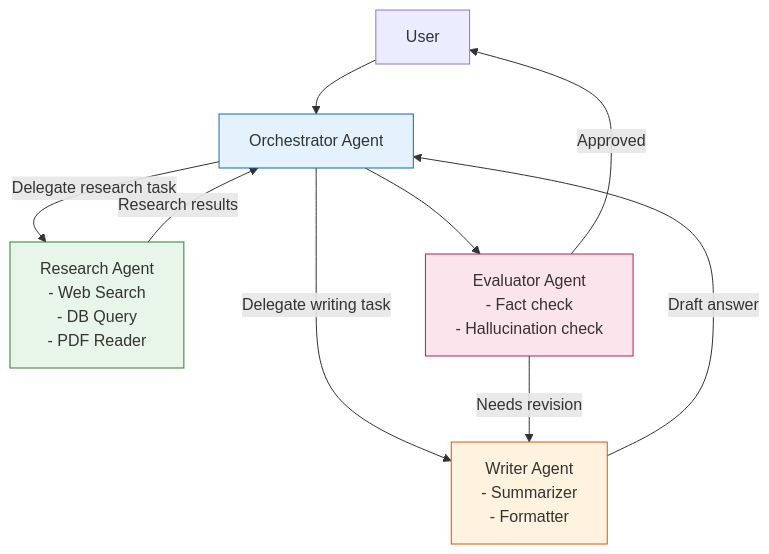
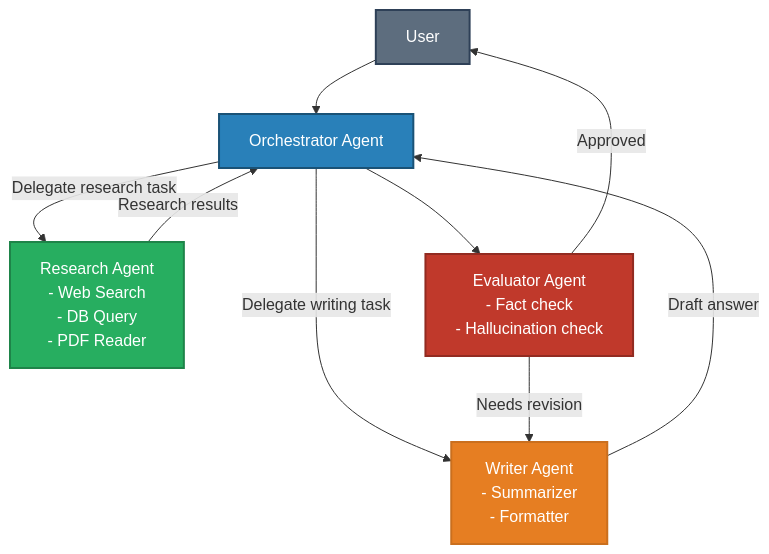
One commit to GyanendraChaubey/AI-Engineering-Notes changed diagram 12 of 24 in docs/17-interview-questions/topic_deep_dive_rag.md. Above: the diagram before and after it, drawn with Mermaid. The commit also changed other lines of this file and 74 other files, not shown here.

First line of the commit message:
refactor: split company_wise_interviews.md into 72 individual interview files + fix mermaid colors

````diff
--- a/docs/17-interview-questions/topic_deep_dive_rag.md
+++ b/docs/17-interview-questions/topic_deep_dive_rag.md
@@ -508,16 +576,17 @@
 ```mermaid
 graph TD
     U[User] --> O[Orchestrator Agent]
     O -->|"Delegate research task"| R[Research Agent\n- Web Search\n- DB Query\n- PDF Reader]
     O -->|"Delegate writing task"| W[Writer Agent\n- Summarizer\n- Formatter]
     R -->|"Research results"| O
     W -->|"Draft answer"| O
     O --> E[Evaluator Agent\n- Fact check\n- Hallucination check]
     E -->|"Approved"| U
     E -->|"Needs revision"| W
 
-    style O fill:#e3f2fd,stroke:#1565c0
-    style R fill:#e8f5e9,stroke:#2e7d32
-    style W fill:#fff3e0,stroke:#e65100
-    style E fill:#fce4ec,stroke:#c2185b
+    style U fill:#5D6D7E,stroke:#2E4057,stroke-width:2px,color:#FFFFFF
+    style O fill:#2980B9,stroke:#1A5276,stroke-width:2px,color:#FFFFFF
+    style R fill:#27AE60,stroke:#1E8449,stroke-width:2px,color:#FFFFFF
+    style W fill:#E67E22,stroke:#CA6F1E,stroke-width:2px,color:#FFFFFF
+    style E fill:#C0392B,stroke:#922B21,stroke-width:2px,color:#FFFFFF
 ```
````
